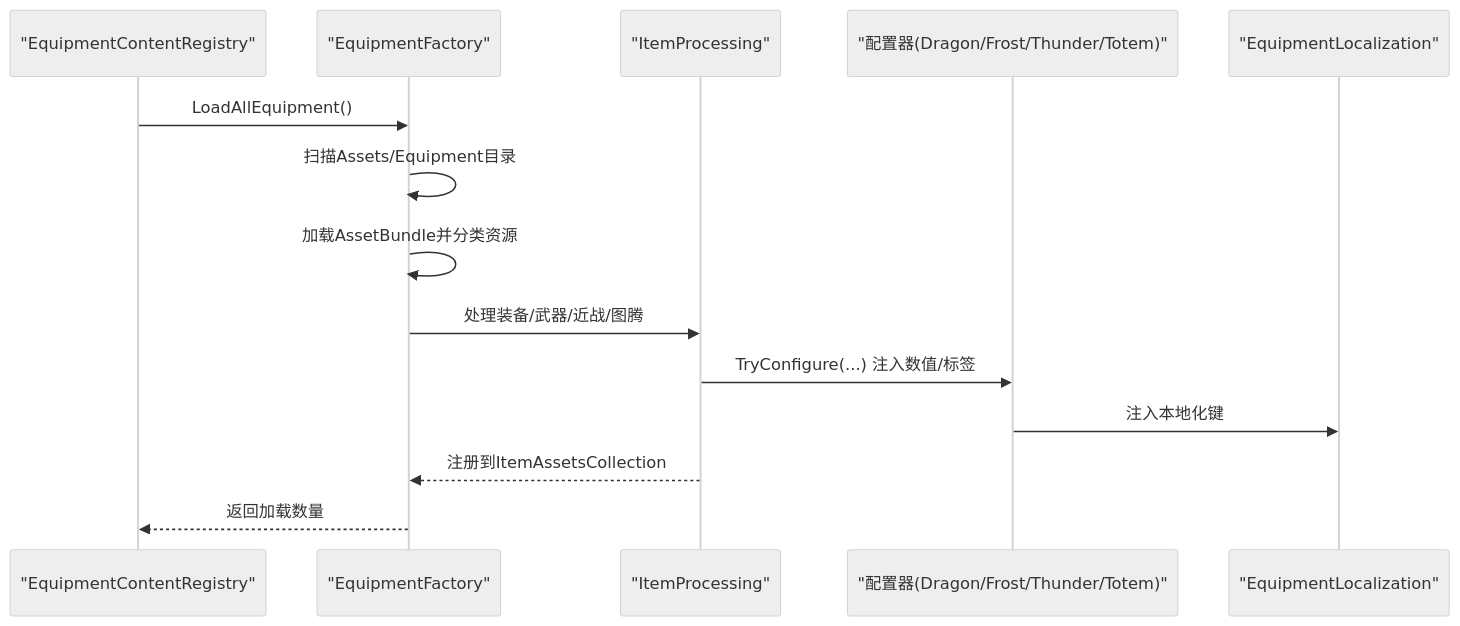
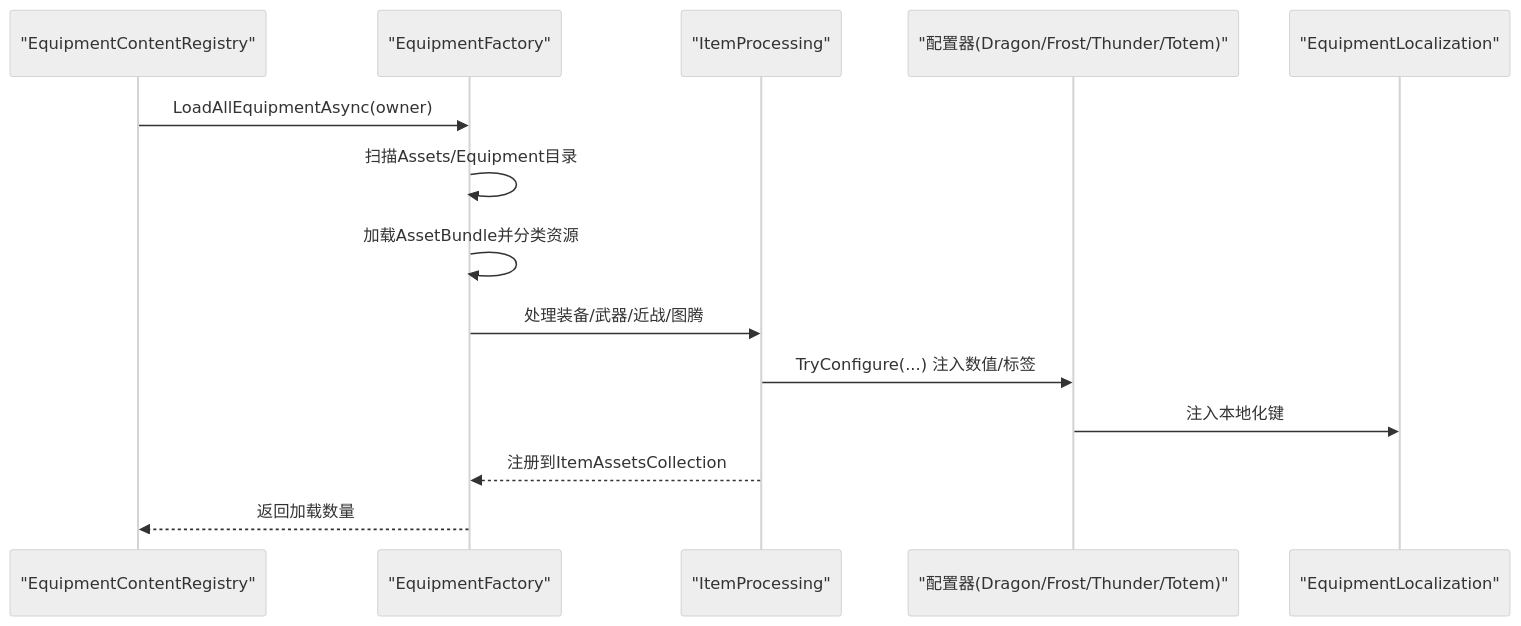
One commit to GASEN1216/BossRushMod changed the second of 6 diagrams in .qoder/repowiki/zh/content/项目概览/核心功能特性/装备与物品系统/装备框架与工厂系统.md. Above: the diagram before and after it, drawn with Mermaid (neutral theme). The commit also changed other lines of this file and 315 other files, not shown here.

Commit message:
v2.6.0：收集品 100 件与收藏册（开箱额外一格、九图两全图系列与珍品、集齐奖励、杰夫引导 590217、陈列柜实物与 6–8 档格框），全部物品图标按原版画风重画并统一到 ModItemIcons + Publish；资源读取统一为 ModSprites、ResourceBundleLoader、JsonDataRegistry、BossRushOfficialAudio、GetModPath 五个入口并删过期加载代码，修好从未响过的龙王武器射击音；主角枪械暴击率加成改为爆头伤害，收集品审核七条全修

````diff
--- a/.qoder/repowiki/zh/content/项目概览/核心功能特性/装备与物品系统/装备框架与工厂系统.md
+++ b/.qoder/repowiki/zh/content/项目概览/核心功能特性/装备与物品系统/装备框架与工厂系统.md
@@ -99,16 +99,16 @@
 ```mermaid
 sequenceDiagram
 participant Reg as "EquipmentContentRegistry"
 participant Factory as "EquipmentFactory"
 participant Proc as "ItemProcessing"
 participant Conf as "配置器(Dragon/Frost/Thunder/Totem)"
 participant Loc as "EquipmentLocalization"
-Reg->>Factory : LoadAllEquipment()
+Reg->>Factory : LoadAllEquipmentAsync(owner)
 Factory->>Factory : 扫描Assets/Equipment目录
 Factory->>Factory : 加载AssetBundle并分类资源
 Factory->>Proc : 处理装备/武器/近战/图腾
 Proc->>Conf : TryConfigure(...) 注入数值/标签
 Conf->>Loc : 注入本地化键
 Proc-->>Factory : 注册到ItemAssetsCollection
 Factory-->>Reg : 返回加载数量
 ```
````
